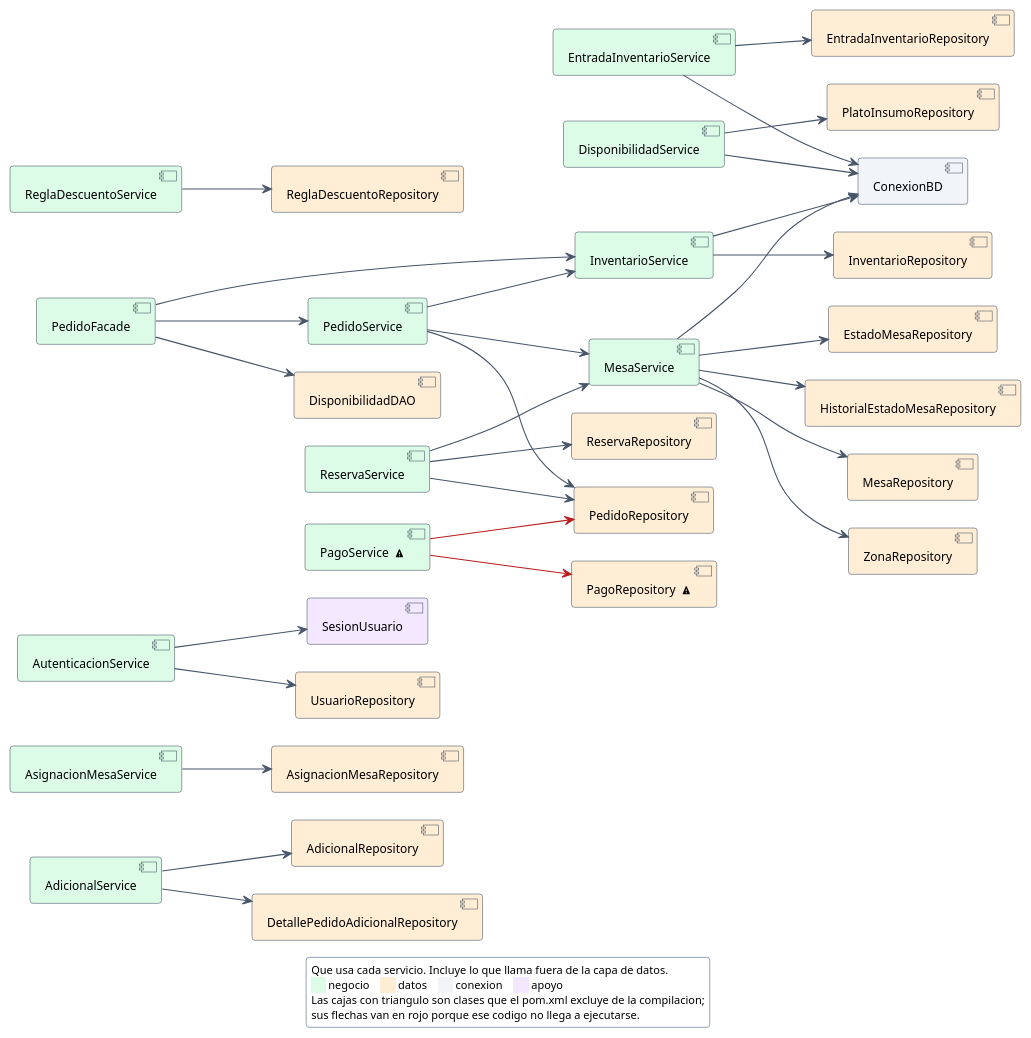
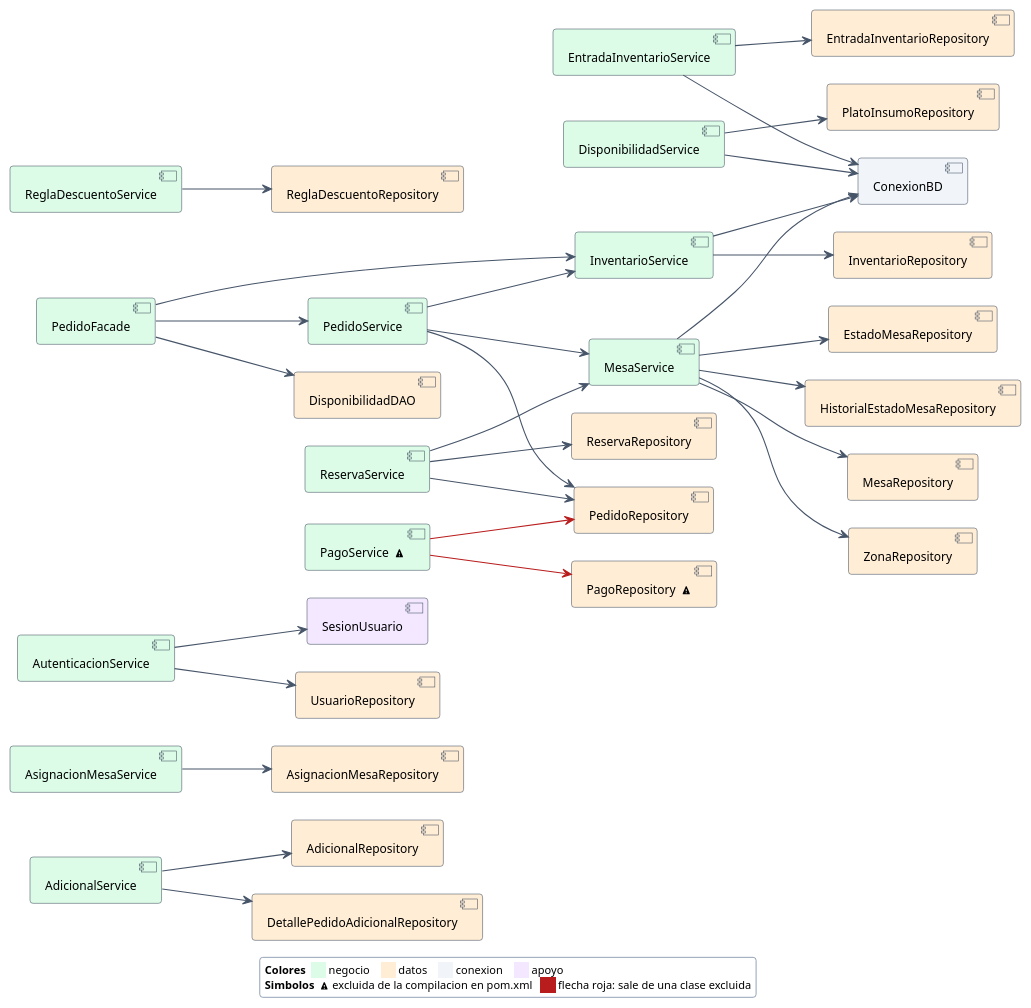
The diagram in docs/diagramas-fuente/DiagramaComponentes_S3_Negocio.puml (puj-course/FIS_2630_1204_G2), drawn with PlantUML before and after one commit. The commit also changed 8 other files, not shown here.

```diff
--- a/docs/diagramas-fuente/DiagramaComponentes_S3_Negocio.puml
+++ b/docs/diagramas-fuente/DiagramaComponentes_S3_Negocio.puml
@@ -1,85 +1,83 @@
 @startuml
 left to right direction
 skinparam backgroundColor #FFFFFF
 skinparam shadowing false
 skinparam defaultFontName Helvetica
 skinparam roundCorner 6
 skinparam nodesep 28
 skinparam ranksep 70
 skinparam ArrowColor #475569
 skinparam ArrowFontSize 11
 skinparam ArrowThickness 1.1
 skinparam PackageBorderColor #94A3B8
 skinparam PackageFontStyle bold
 skinparam PackageFontSize 13
 skinparam ComponentBackgroundColor #FFFFFF
 skinparam ComponentFontSize 12
 skinparam ComponentBorderColor #334155
 skinparam legendBackgroundColor #FFFFFF
 skinparam legendBorderColor #94A3B8
 skinparam legendFontSize 11
   component "AdicionalService" as c_AdicionalService #DCFCE7
   component "AsignacionMesaService" as c_AsignacionMesaService #DCFCE7
   component "AutenticacionService" as c_AutenticacionService #DCFCE7
   component "DisponibilidadService" as c_DisponibilidadService #DCFCE7
   component "EntradaInventarioService" as c_EntradaInventarioService #DCFCE7
   component "InventarioService" as c_InventarioService #DCFCE7
   component "MesaService" as c_MesaService #DCFCE7
   component "PagoService  <&warning>" as c_PagoService #DCFCE7
   component "PedidoFacade" as c_PedidoFacade #DCFCE7
   component "PedidoService" as c_PedidoService #DCFCE7
   component "ReglaDescuentoService" as c_ReglaDescuentoService #DCFCE7
   component "ReservaService" as c_ReservaService #DCFCE7
   component "AdicionalRepository" as c_AdicionalRepository #FFEDD5
   component "DetallePedidoAdicionalRepository" as c_DetallePedidoAdicionalRepository #FFEDD5
   component "AsignacionMesaRepository" as c_AsignacionMesaRepository #FFEDD5
   component "SesionUsuario" as c_SesionUsuario #F3E8FF
   component "UsuarioRepository" as c_UsuarioRepository #FFEDD5
   component "ConexionBD" as c_ConexionBD #F1F5F9
   component "PlatoInsumoRepository" as c_PlatoInsumoRepository #FFEDD5
   component "EntradaInventarioRepository" as c_EntradaInventarioRepository #FFEDD5
   component "InventarioRepository" as c_InventarioRepository #FFEDD5
   component "EstadoMesaRepository" as c_EstadoMesaRepository #FFEDD5
   component "HistorialEstadoMesaRepository" as c_HistorialEstadoMesaRepository #FFEDD5
   component "MesaRepository" as c_MesaRepository #FFEDD5
   component "ZonaRepository" as c_ZonaRepository #FFEDD5
   component "PagoRepository  <&warning>" as c_PagoRepository #FFEDD5
   component "PedidoRepository" as c_PedidoRepository #FFEDD5
   component "DisponibilidadDAO" as c_DisponibilidadDAO #FFEDD5
   component "ReglaDescuentoRepository" as c_ReglaDescuentoRepository #FFEDD5
   component "ReservaRepository" as c_ReservaRepository #FFEDD5
 c_AdicionalService -[#475569]-> c_AdicionalRepository
 c_AdicionalService -[#475569]-> c_DetallePedidoAdicionalRepository
 c_AsignacionMesaService -[#475569]-> c_AsignacionMesaRepository
 c_AutenticacionService -[#475569]-> c_SesionUsuario
 c_AutenticacionService -[#475569]-> c_UsuarioRepository
 c_DisponibilidadService -[#475569]-> c_ConexionBD
 c_DisponibilidadService -[#475569]-> c_PlatoInsumoRepository
 c_EntradaInventarioService -[#475569]-> c_ConexionBD
 c_EntradaInventarioService -[#475569]-> c_EntradaInventarioRepository
 c_InventarioService -[#475569]-> c_ConexionBD
 c_InventarioService -[#475569]-> c_InventarioRepository
 c_MesaService -[#475569]-> c_ConexionBD
 c_MesaService -[#475569]-> c_EstadoMesaRepository
 c_MesaService -[#475569]-> c_HistorialEstadoMesaRepository
 c_MesaService -[#475569]-> c_MesaRepository
 c_MesaService -[#475569]-> c_ZonaRepository
 c_PagoService -[#B91C1C]-> c_PagoRepository
 c_PagoService -[#B91C1C]-> c_PedidoRepository
 c_PedidoFacade -[#475569]-> c_DisponibilidadDAO
 c_PedidoFacade -[#475569]-> c_InventarioService
 c_PedidoFacade -[#475569]-> c_PedidoService
 c_PedidoService -[#475569]-> c_InventarioService
 c_PedidoService -[#475569]-> c_MesaService
 c_PedidoService -[#475569]-> c_PedidoRepository
 c_ReglaDescuentoService -[#475569]-> c_ReglaDescuentoRepository
 c_ReservaService -[#475569]-> c_MesaService
 c_ReservaService -[#475569]-> c_PedidoRepository
 c_ReservaService -[#475569]-> c_ReservaRepository
 legend bottom
-Que usa cada servicio. Incluye lo que llama fuera de la capa de datos.
-<back:#DCFCE7>     </back> negocio    <back:#FFEDD5>     </back> datos    <back:#F1F5F9>     </back> conexion    <back:#F3E8FF>     </back> apoyo
-Las cajas con triangulo son clases que el pom.xml excluye de la compilacion;
-sus flechas van en rojo porque ese codigo no llega a ejecutarse.
+<b>Colores</b>  <back:#DCFCE7>     </back> negocio    <back:#FFEDD5>     </back> datos    <back:#F1F5F9>     </back> conexion    <back:#F3E8FF>     </back> apoyo
+<b>Simbolos</b>  <&warning> excluida de la compilacion en pom.xml   <back:#B91C1C>     </back> flecha roja: sale de una clase excluida
 endlegend
 @enduml
```
